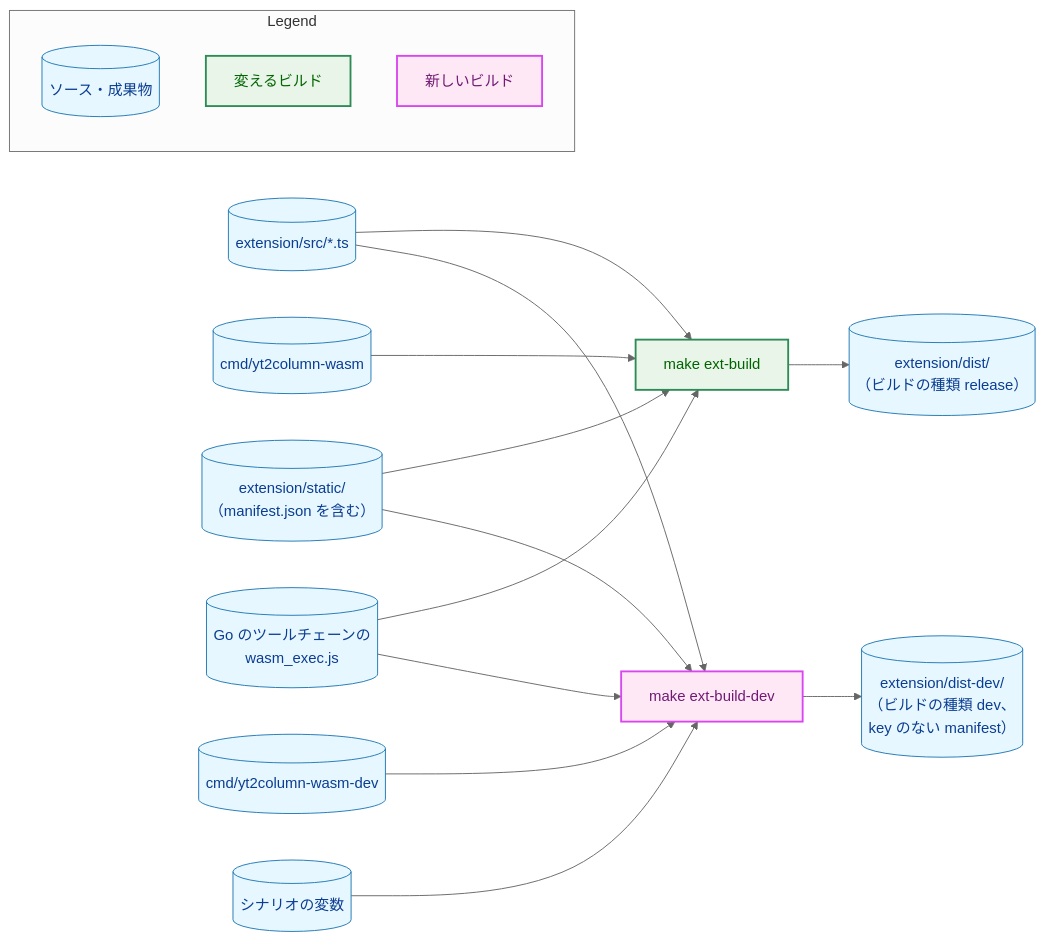
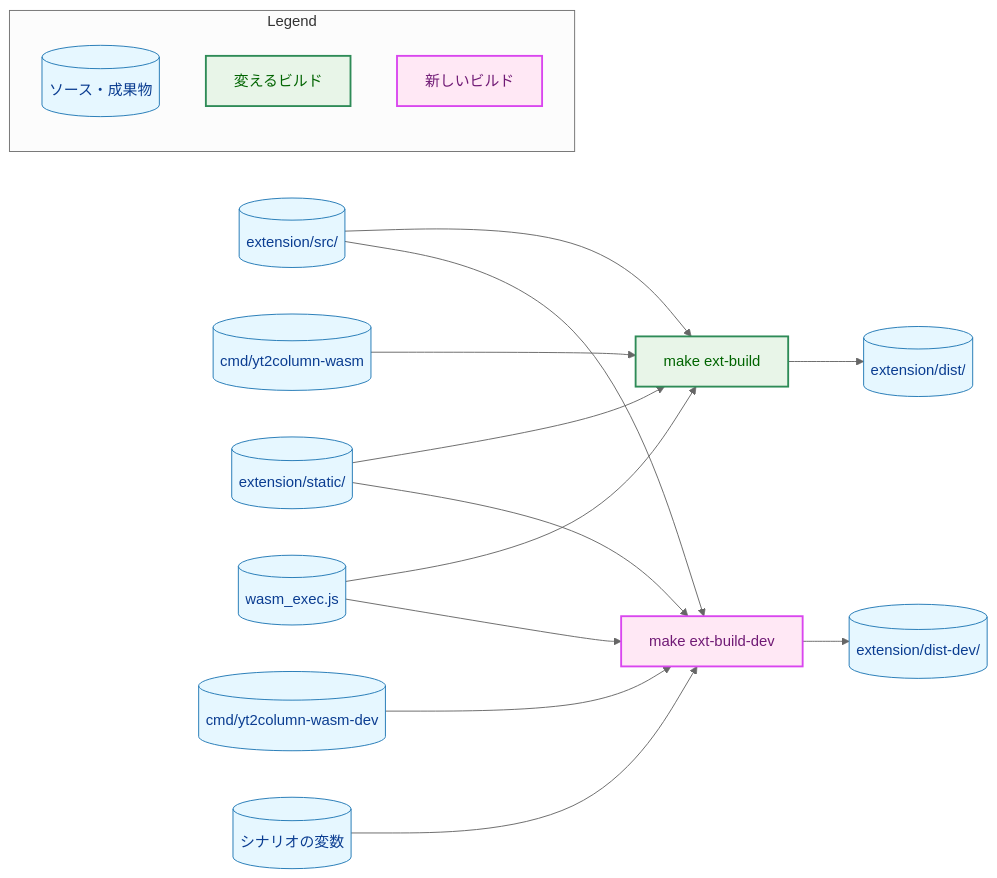
Before and after one commit to isseis/yt2column: the third of 8 diagrams in docs/tasks/0091_extension_only_migration/02_architecture.md, drawn with Mermaid (neutral theme). The commit also changed other lines of this file and 8 other files, not shown here.

First line of the commit message:
docs(0091): apply the architecture and prose review fixes

````diff
--- a/docs/tasks/0091_extension_only_migration/02_architecture.md
+++ b/docs/tasks/0091_extension_only_migration/02_architecture.md
@@ -181,42 +191,42 @@
 ```mermaid
 flowchart LR
     classDef data fill:#e6f7ff,stroke:#1f77b4,stroke-width:1px,color:#0b3d91;
     classDef enhanced fill:#e8f5e8,stroke:#2e8b57,stroke-width:2px,color:#006400;
     classDef newpkg fill:#ffe8f5,stroke:#d946ef,stroke-width:2px,color:#701a75;
 
-    SRC[("extension/src/*.ts")]
-    STATIC[("extension/static/<br>（manifest.json を含む）")]
+    SRC[("extension/src/")]
+    STATIC[("extension/static/")]
     GOREL[("cmd/yt2column-wasm")]
     GODEV[("cmd/yt2column-wasm-dev")]
     VARS[("シナリオの変数")]
-    EXEC[("Go のツールチェーンの<br>wasm_exec.js")]
+    EXEC[("wasm_exec.js")]
     REL["make ext-build"]
     DEV["make ext-build-dev"]
-    DIST[("extension/dist/<br>（ビルドの種類 release）")]
-    DISTDEV[("extension/dist-dev/<br>（ビルドの種類 dev、<br>key のない manifest）")]
+    DIST[("extension/dist/")]
+    DISTDEV[("extension/dist-dev/")]
 
     SRC --> REL
     STATIC --> REL
     GOREL --> REL
     EXEC --> REL
     REL --> DIST
     SRC --> DEV
     STATIC --> DEV
     GODEV --> DEV
     VARS --> DEV
     EXEC --> DEV
     DEV --> DISTDEV
 
     class SRC,STATIC,GOREL,GODEV,VARS,EXEC,DIST,DISTDEV data
     class REL enhanced
     class DEV newpkg
 
     subgraph Legend["Legend"]
         L1[("ソース・成果物")]
         L2["変えるビルド"]
         L3["新しいビルド"]
     end
     class L1 data
     class L2 enhanced
     class L3 newpkg
 ```
````
